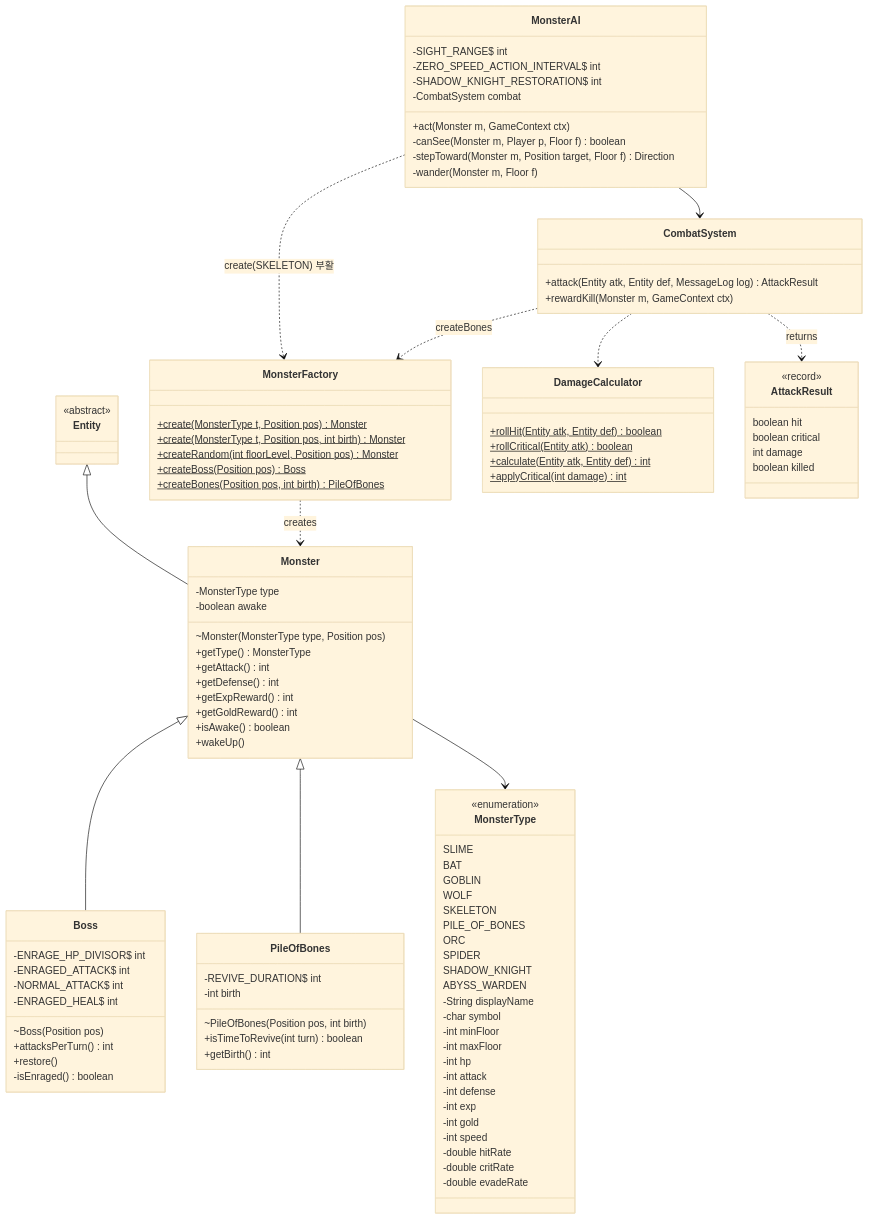
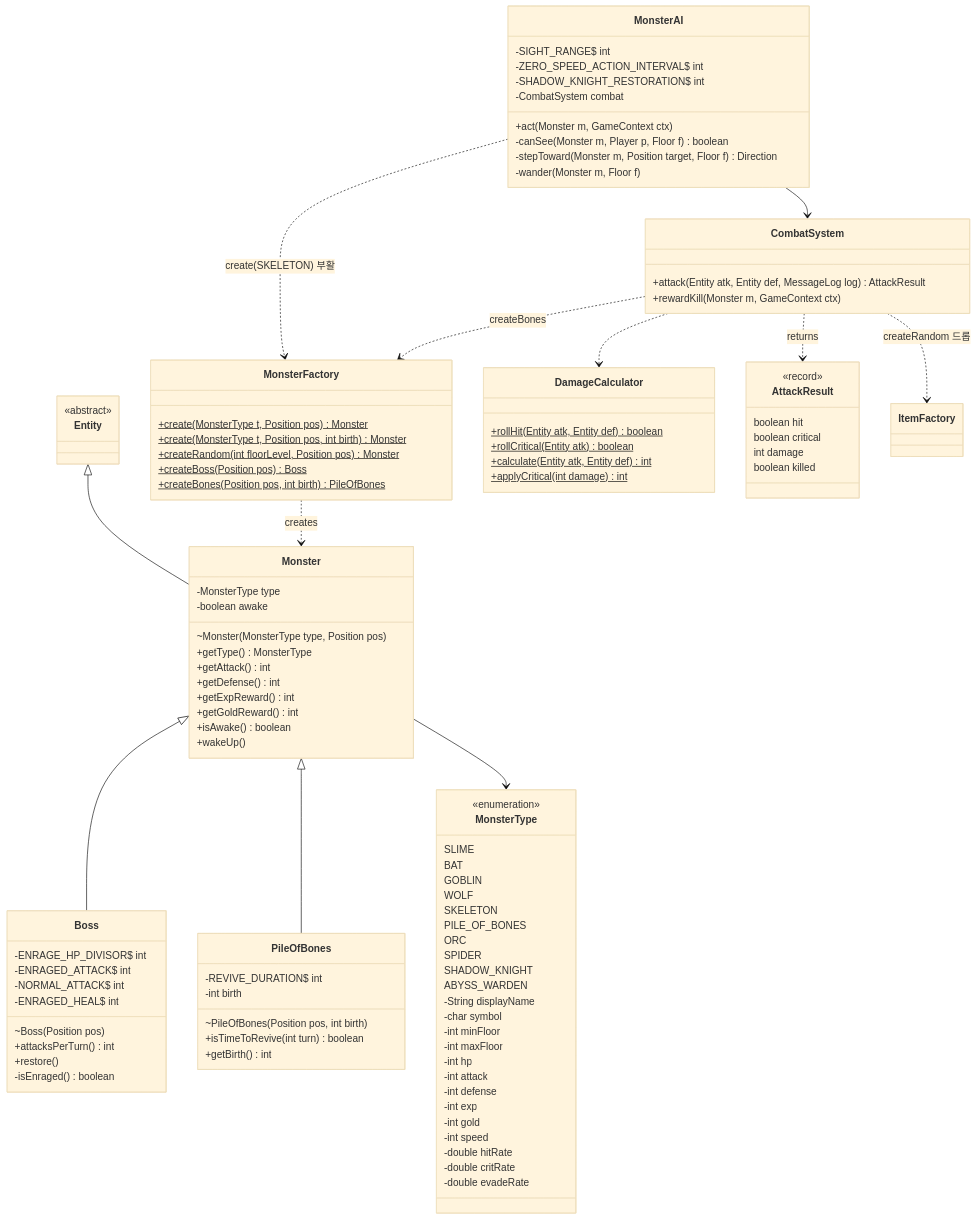
One commit to likelion-boot-camp-28th/side-project01-team01 changed the fourth of 9 diagrams in docs/Class-Diagram.md. Above: the diagram before and after it, drawn with Mermaid (base theme). The commit also changed other lines of this file and 1 other file, not shown here.

Commit message:
docs: 몬스터 아이템 드롭 규칙 명세 반영

````diff
--- a/docs/Class-Diagram.md
+++ b/docs/Class-Diagram.md
@@ -497,6 +497,7 @@
     MonsterAI --> CombatSystem
     MonsterAI ..> MonsterFactory : create(SKELETON) 부활
     CombatSystem ..> MonsterFactory : createBones
+    CombatSystem ..> ItemFactory : createRandom 드롭
     CombatSystem ..> DamageCalculator
     CombatSystem ..> AttackResult : returns
 ```
````
